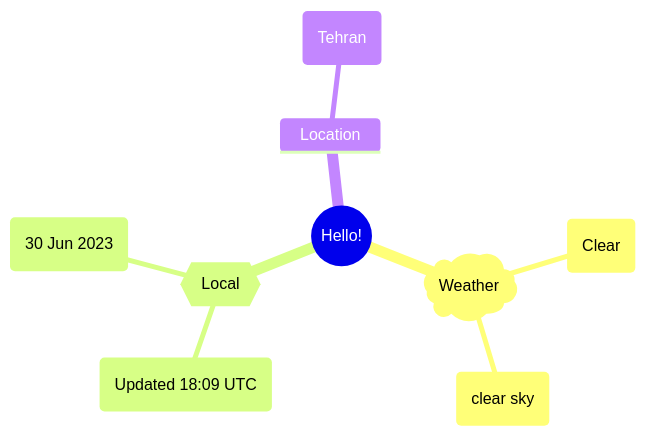
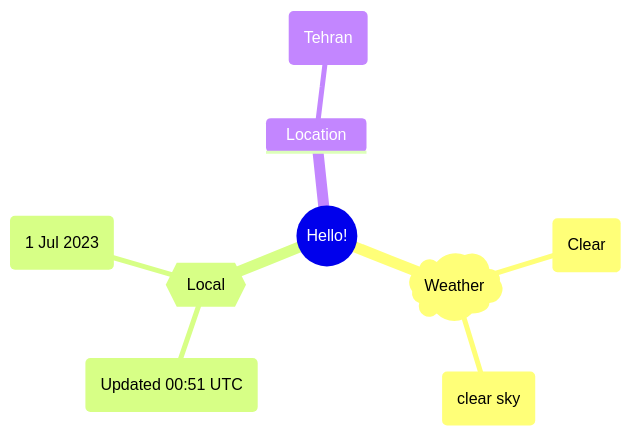
The first of 2 diagrams in README.md (Xosrov/Xosrov), drawn with Mermaid before and after one commit.

Commit message:
[bot] updated images

````diff
--- a/README.md
+++ b/README.md
@@ -3,12 +3,12 @@
 ```mermaid
 mindmap
   root((Hello!))
     )Weather(
         (Clear)
         (clear sky)
     {{Local}}
-        (Updated 18:09 UTC)
-        (30 Jun 2023)
+        (Updated 00:51 UTC)
+        (1 Jul 2023)
     Location
         (Tehran)
 ```
````
